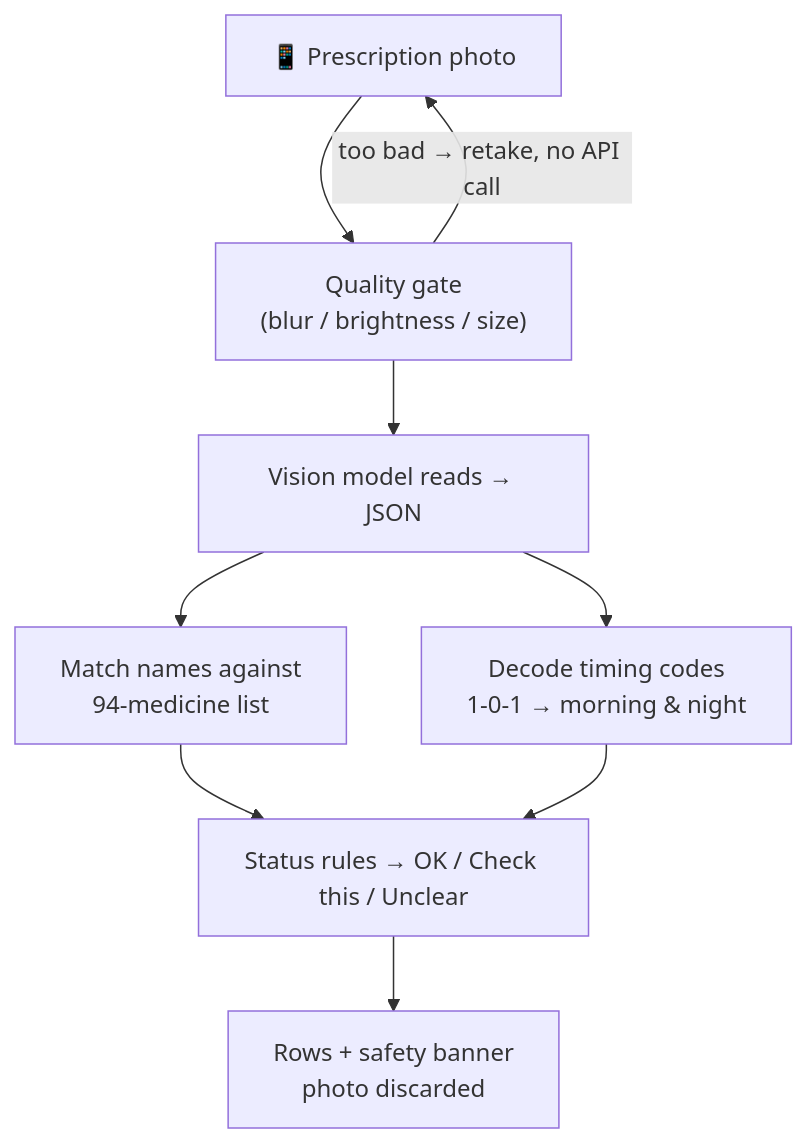
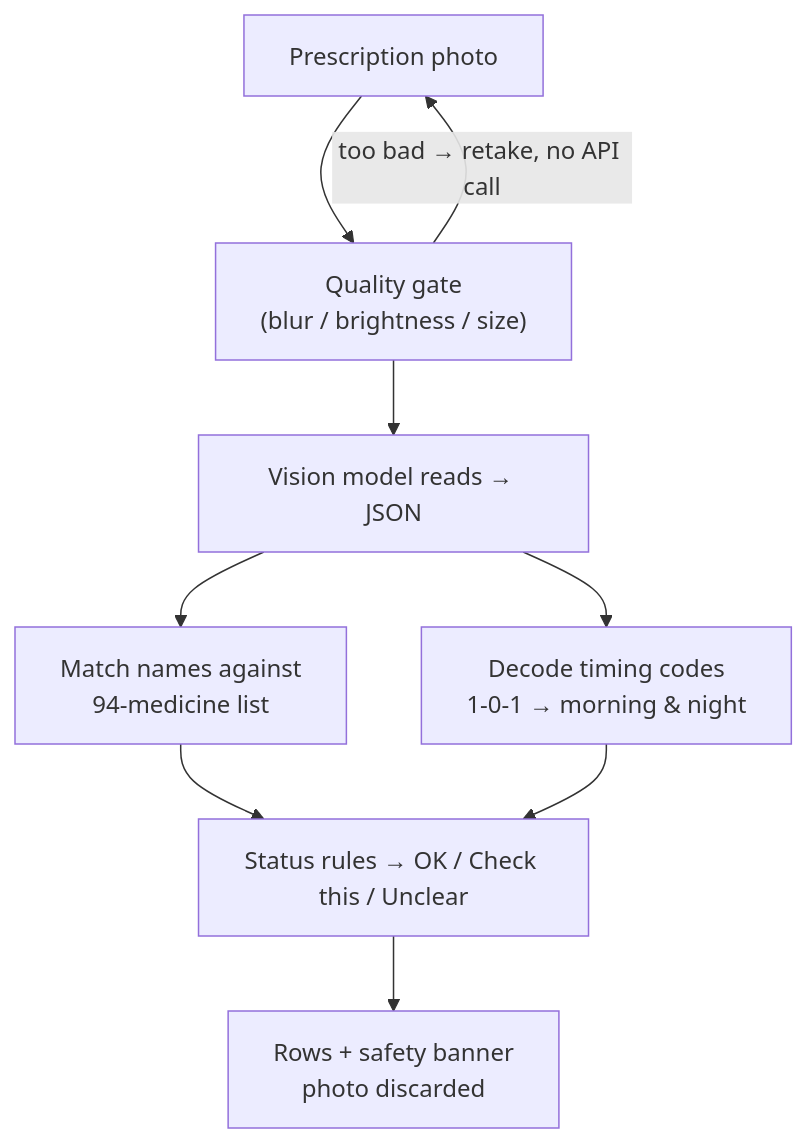
One commit to VineshF1/trazo changed the diagram in README.md. Above: the diagram before and after it, drawn with Mermaid. The commit also changed other lines of this file, not shown here.

````diff
--- a/README.md
+++ b/README.md
@@ -40,11 +40,11 @@
 ```mermaid
 graph TB
-    P["📱 Prescription photo"] --> Q["Quality gate<br/>(blur / brightness / size)"]
+    P["Prescription photo"] --> Q["Quality gate<br/>(blur / brightness / size)"]
     Q -->|"too bad → retake, no API call"| P
     Q --> V["Vision model reads → JSON"]
     V --> M["Match names against<br/>94-medicine list"]
     V --> T["Decode timing codes<br/>1-0-1 → morning & night"]
     M --> S["Status rules → OK / Check this / Unclear"]
     T --> S
     S --> R["Rows + safety banner<br/>photo discarded"]
 ```
````
